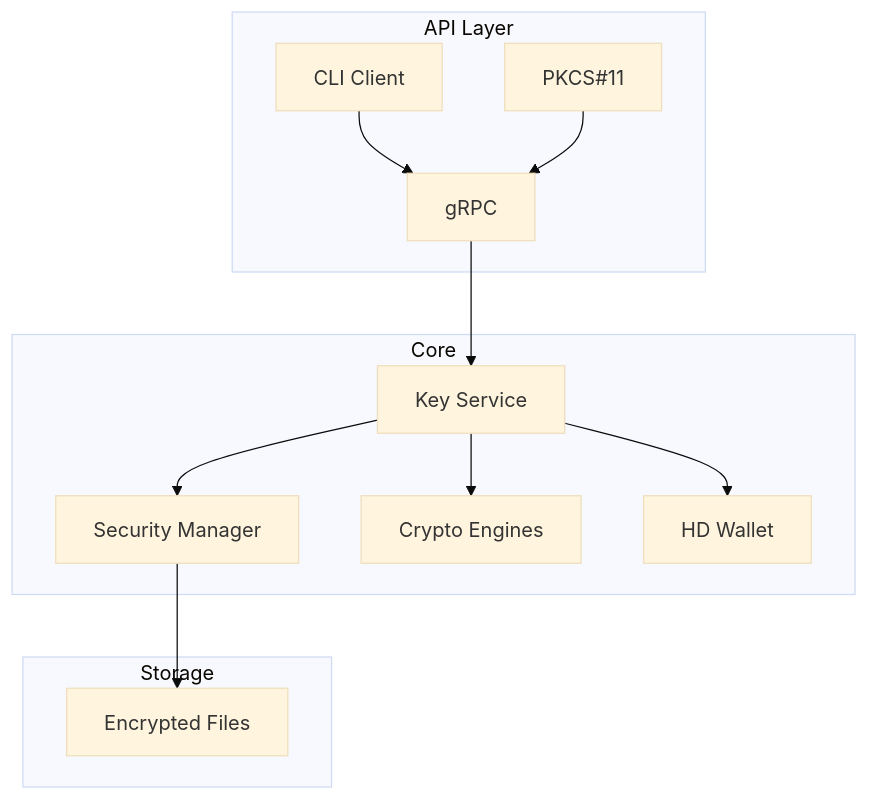
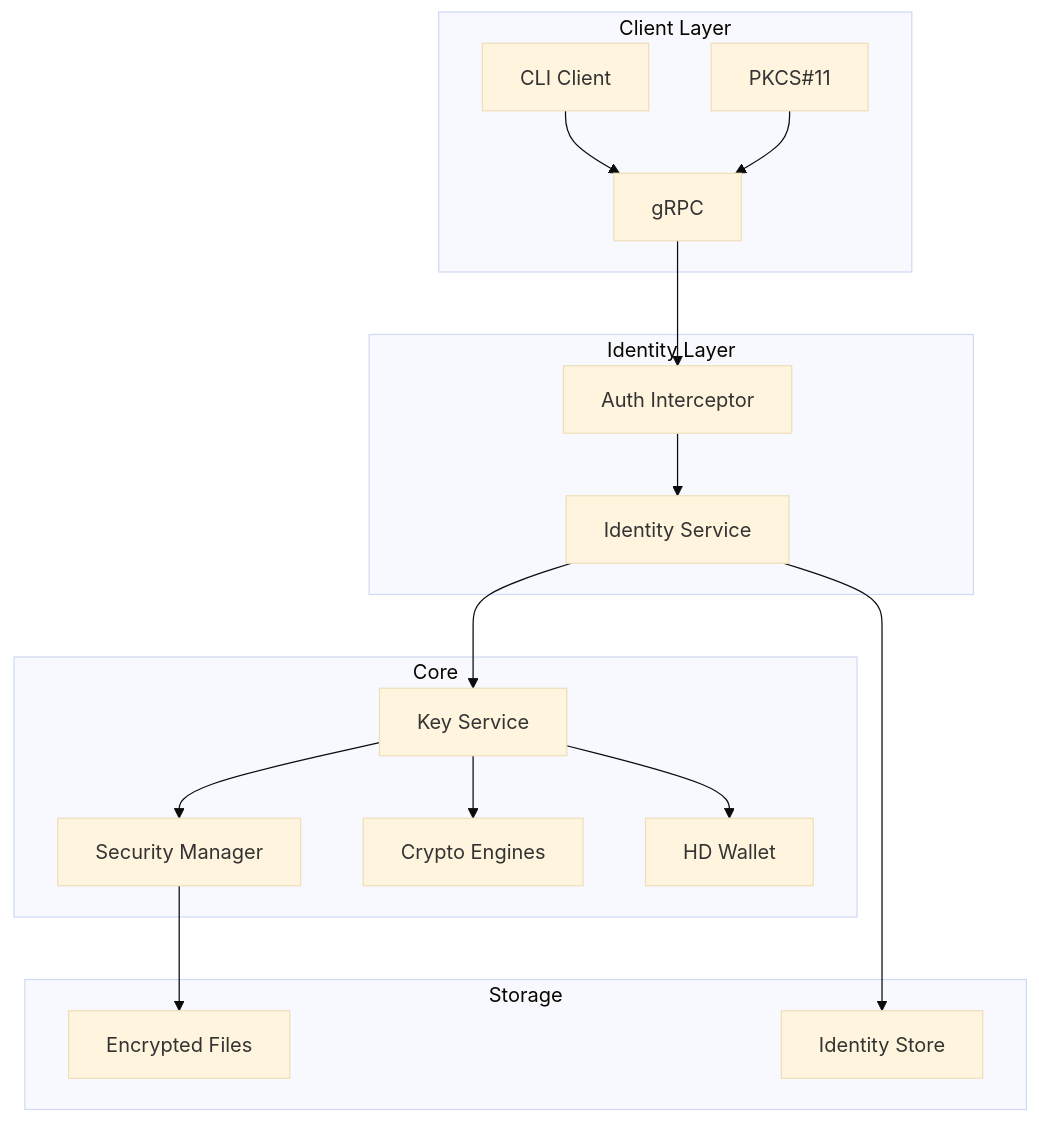
Before and after one commit to ehanoc/softKMS: the diagram in README.md, drawn with Mermaid (base theme). The commit also changed other lines of this file and 23 other files, not shown here.

Commit message:
docs: Auth, Identity, Role and Access Policies. Humans, Agents, Services. chore: fix tests

````diff
--- a/README.md
+++ b/README.md
@@ -51,27 +95,36 @@
 ```mermaid
 flowchart TB
-    subgraph "API Layer"
+    subgraph "Client Layer"
         CLI[CLI Client]
         PKCS[PKCS#11]
         GRPC[gRPC]
+    end
+
+    subgraph "Identity Layer"
+        AUTH[Auth Interceptor]
+        ID[Identity Service]
     end
 
     subgraph "Core"
         KEY[Key Service]
         SEC[Security Manager]
         CRYPTO[Crypto Engines]
         HD[HD Wallet]
     end
 
     subgraph "Storage"
         FILE[Encrypted Files]
+        IDSTORE[Identity Store]
     end
 
     CLI --> GRPC
     PKCS --> GRPC
-    GRPC --> KEY
+    GRPC --> AUTH
+    AUTH --> ID
+    ID --> KEY
     KEY --> CRYPTO
     KEY --> HD
     KEY --> SEC
     SEC --> FILE
+    ID --> IDSTORE
 ```
````
